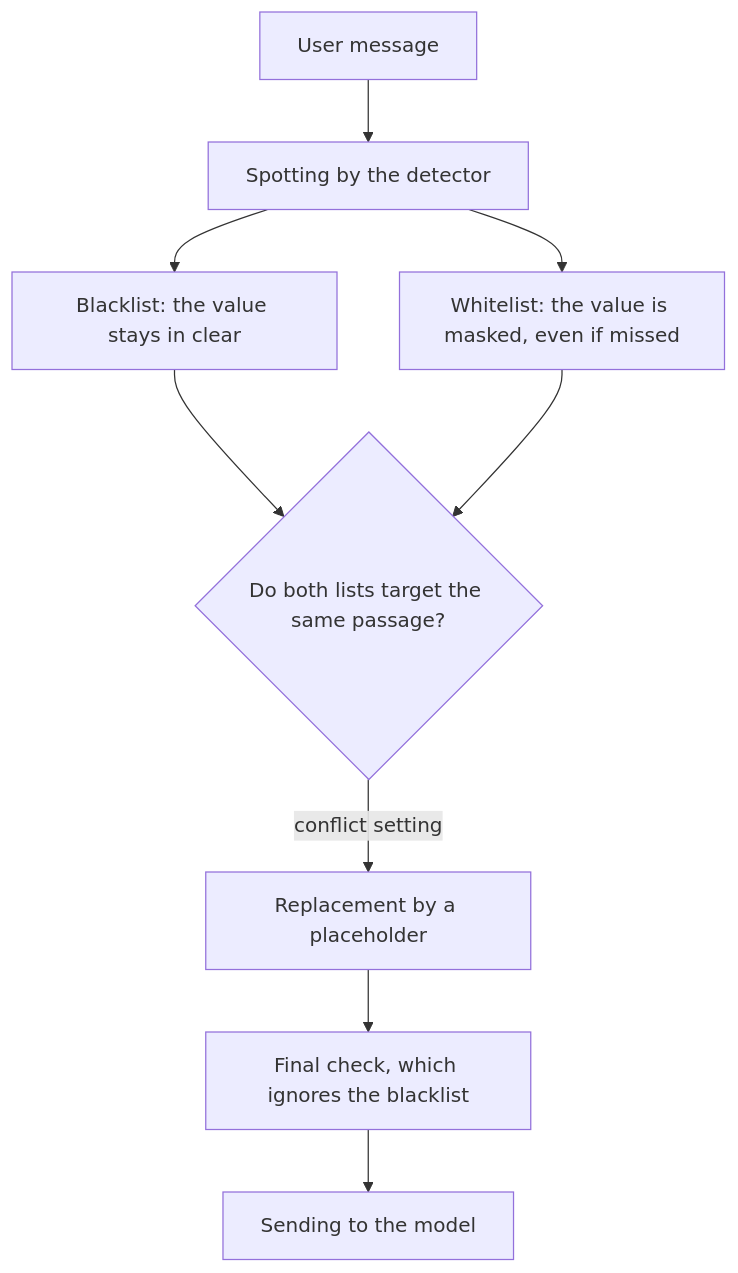
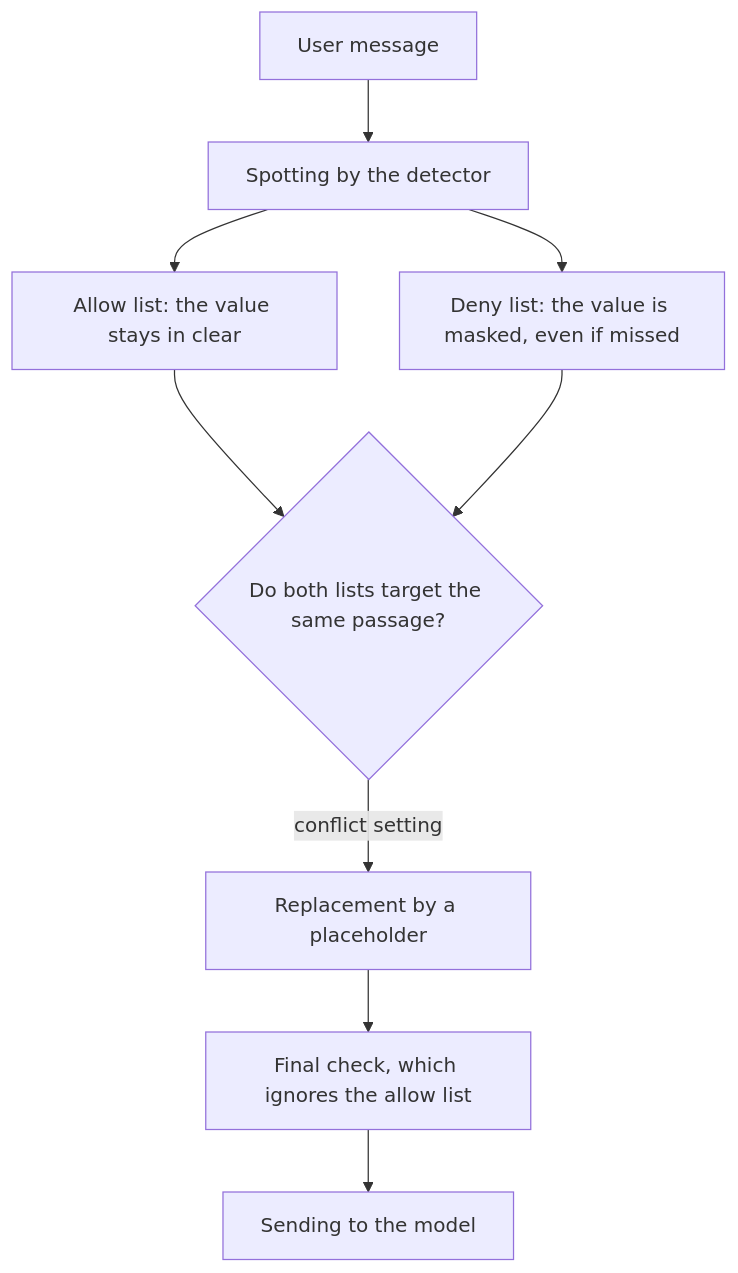
Before and after one commit to Athroniaeth/piighost: the diagram in openwiki/en/processes/impose-a-whitelist-and-blacklist.md, drawn with Mermaid. The commit also changed other lines of this file and 24 other files, not shown here.

First line of the commit message:
docs(domain): the deny list and the allow list replace the whitelist and the blacklist

````diff
--- a/openwiki/en/processes/impose-a-whitelist-and-blacklist.md
+++ b/openwiki/en/processes/impose-a-whitelist-and-blacklist.md
@@ -39,11 +39,11 @@
 ```mermaid
 flowchart TD
     A["User message"] --> B["Spotting by the detector"]
-    B --> C["Blacklist: the value stays in clear"]
-    B --> D["Whitelist: the value is masked, even if missed"]
+    B --> C["Allow list: the value stays in clear"]
+    B --> D["Deny list: the value is masked, even if missed"]
     C --> E{"Do both lists target the same passage?"}
     D --> E
     E -- "conflict setting" --> F["Replacement by a placeholder"]
-    F --> G["Final check, which ignores the blacklist"]
+    F --> G["Final check, which ignores the allow list"]
     G --> H["Sending to the model"]
 ```
````
